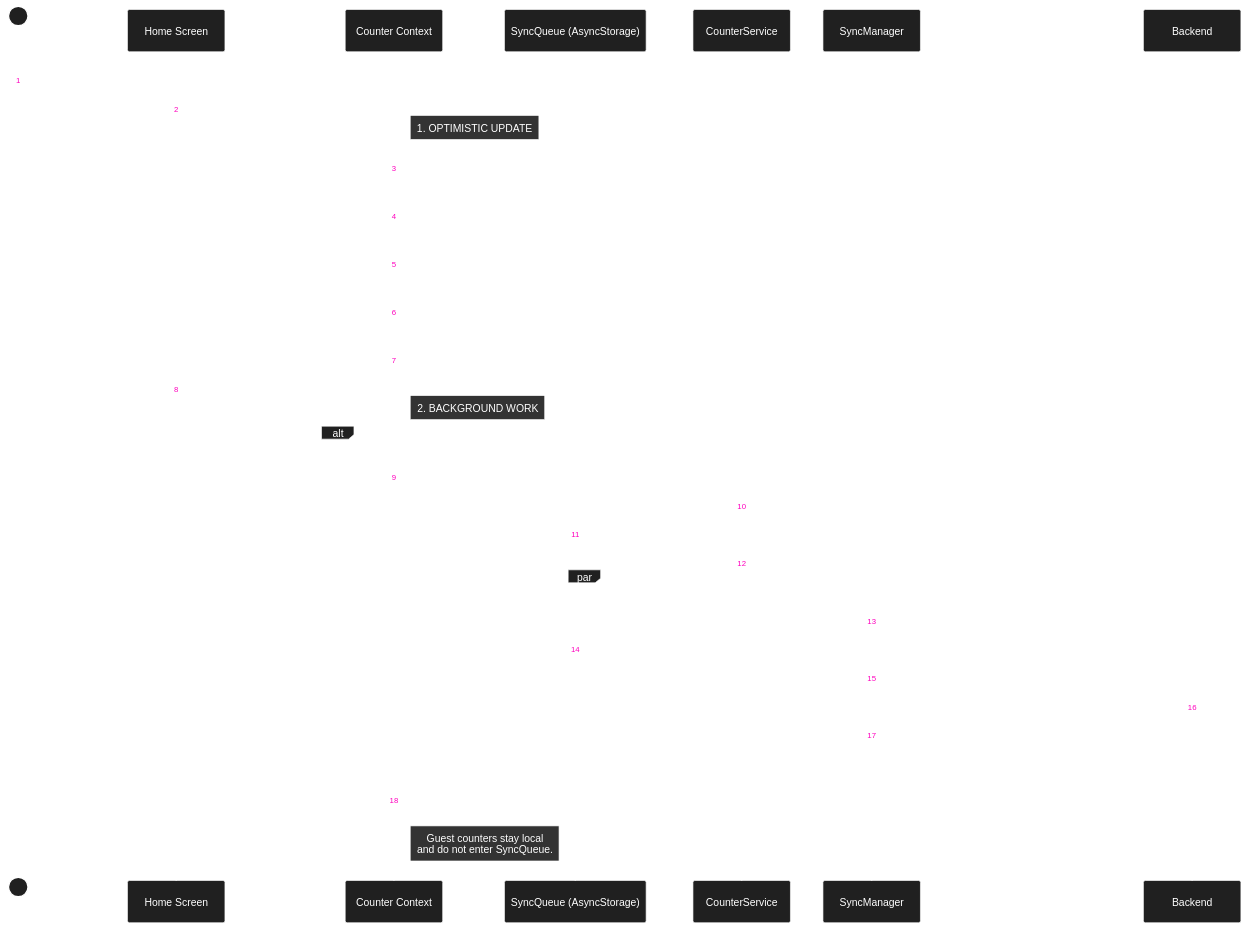
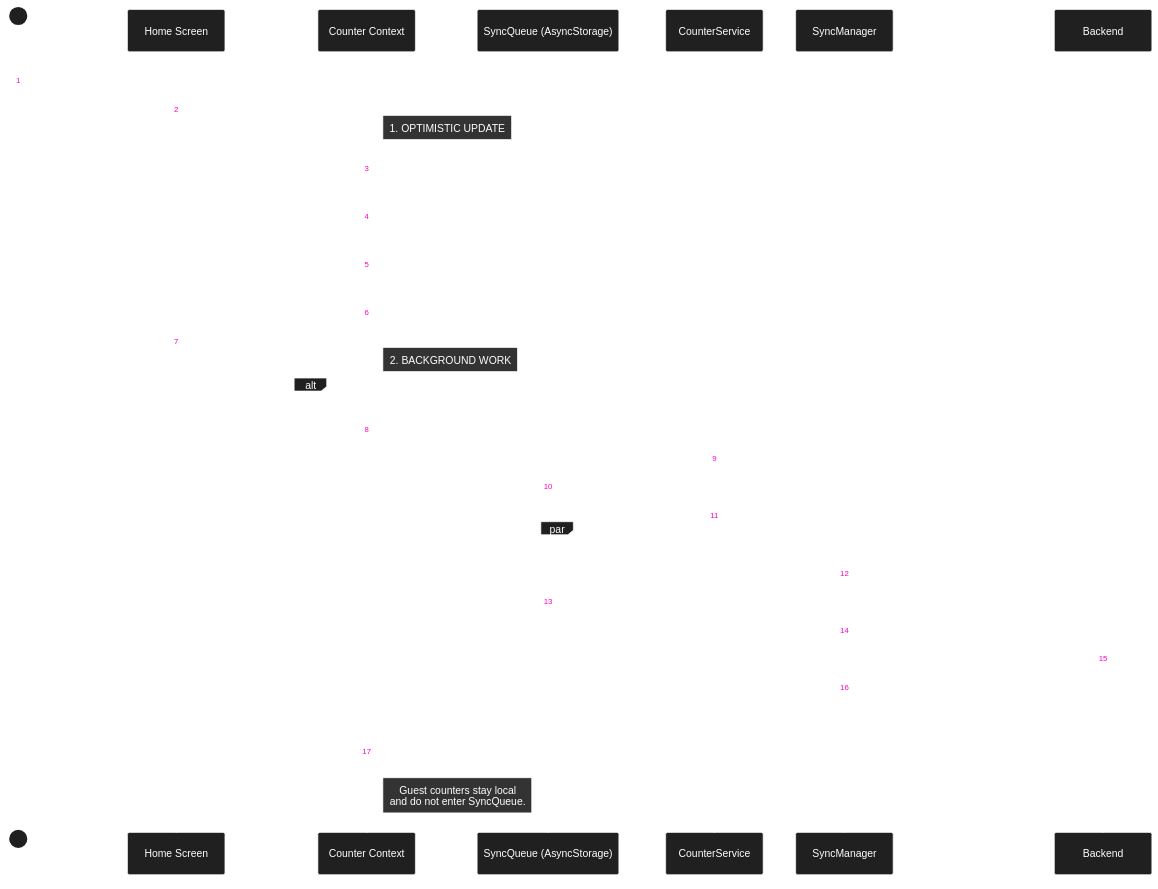
One commit to michaelgreenl/tally-tracker changed the diagram in docs/diagrams/sequence/counter/optimistic-offline-creation.md. Above: the diagram before and after it, drawn with Mermaid. The commit also changed other lines of this file and 32 other files, not shown here.

````diff
--- a/docs/diagrams/sequence/counter/optimistic-offline-creation.md
+++ b/docs/diagrams/sequence/counter/optimistic-offline-creation.md
@@ -3,60 +3,59 @@
 ```mermaid
 %%{
   init: {
     'theme': 'base',
     'themeVariables': {
       'primaryColor': '#202020',
       'primaryTextColor': '#fff',
       'primaryBorderColor': '#ffffff',
       'lineColor': '#00ff41',
       'secondaryColor': '#006100',
       'tertiaryColor': '#fff',
       'noteBkgColor': '#333',
       'noteTextColor': '#fff',
       'noteBorderColor': '#fff'
     }
   }
 }%%
 
 sequenceDiagram
     autonumber
     actor User
     participant View as Home Screen
     participant Store as Counter Context
     participant Queue as SyncQueue (AsyncStorage)
     participant Svc as CounterService
     participant Manager as SyncManager
     participant API as Backend
 
     User->>View: Click "Create Counter"
-    View->>Store: createCounter("My Title", "SHARED")
+    View->>Store: createCounter({title: "My Title"})
 
     Note right of Store: 1. OPTIMISTIC UPDATE
     Store->>Store: Generate UUID (crypto.randomUUID)
-    Store->>Store: Generate InviteCode (Local)
     Store->>Store: Push to local array
     Store->>Store: saveState() (Persist to Disk)
 
     Store-->>View: Return Success (Instant)
     View-->>User: Show new counter in list
 
     Note right of Store: 2. BACKGROUND WORK
 
     alt Authenticated user (!isGuest)
         Store->>Svc: Service.create(counter)
         Svc->>Queue: Add "CREATE" Command
         Queue-->>Svc: Command Queued
         Svc->>Manager: processQueue()
 
         par Background Sync
-            Manager->>Queue: getQueue()
+            Manager->>Queue: get()
             Queue-->>Manager: Pending Commands
-            Manager->>API: POST /counters (Payload + InviteCode + Idempotency Key)
+            Manager->>API: POST /counters (Payload + Idempotency Key)
             API-->>Manager: 201 Created or replayed response
-            Manager->>Queue: removeCommand(Command)
+            Manager->>Queue: remove(Command.id)
         end
     else Guest user
         Store-->>Store: Skip CounterService.create()
         Note right of Store: Guest counters stay local<br/>and do not enter SyncQueue.
     end
 ```
````
